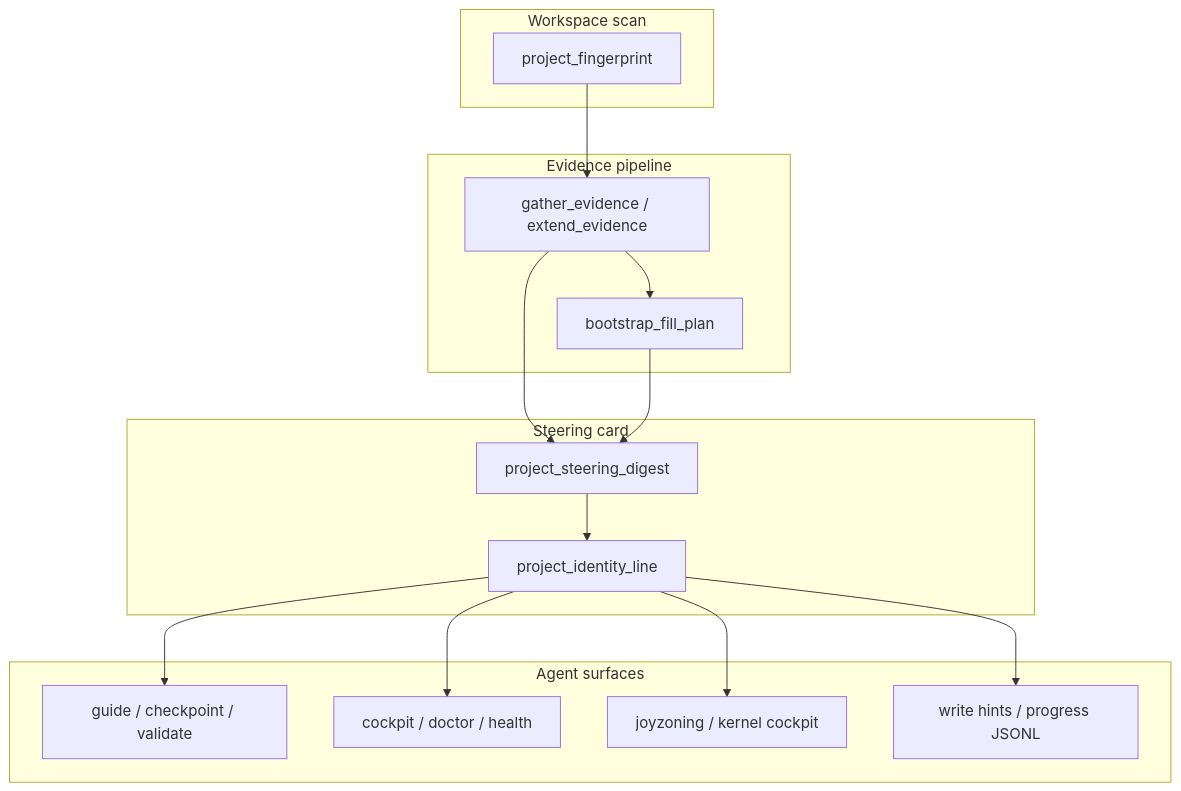
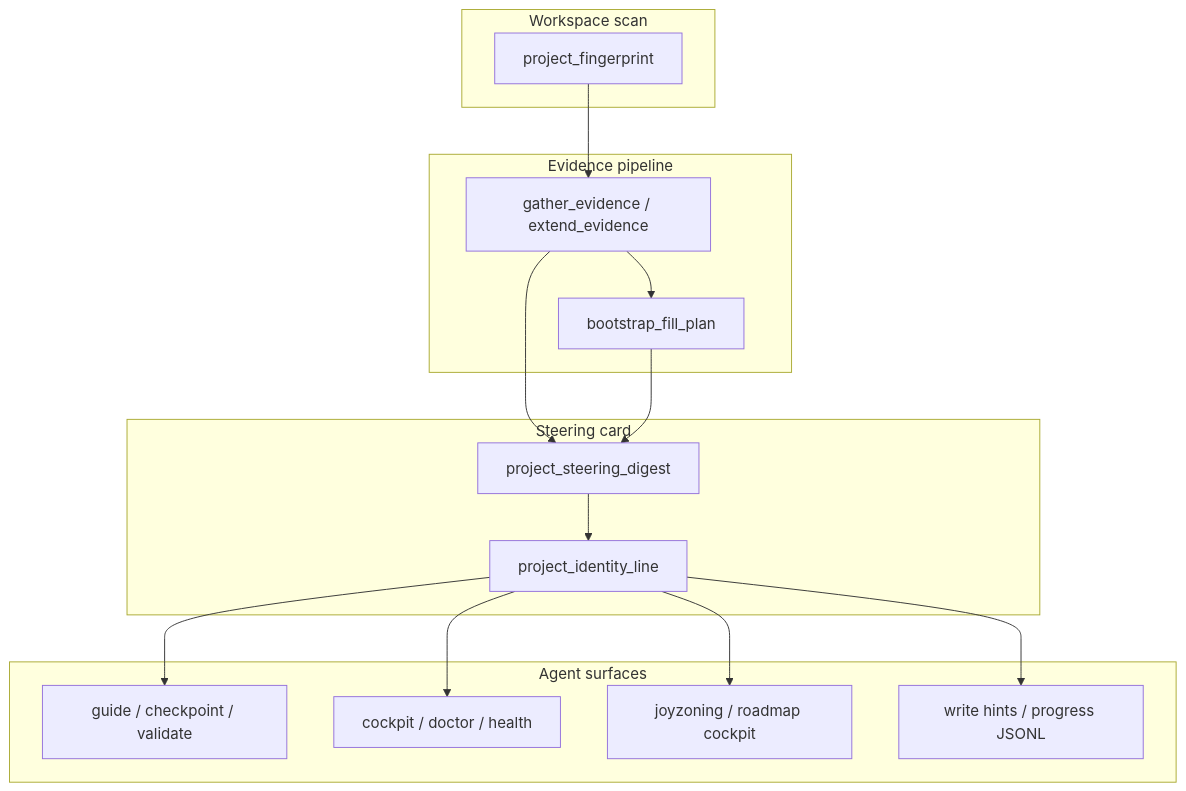
Before and after one commit to CardSorting/dietcode-plugin: the second of 3 diagrams in docs/roadmap.md, drawn with Mermaid. The commit also changed other lines of this file and 32 other files, not shown here.

````diff
--- a/docs/roadmap.md
+++ b/docs/roadmap.md
@@ -190,26 +190,26 @@
 ```mermaid
 flowchart TB
   subgraph scan [Workspace scan]
     FP[project_fingerprint]
   end
   subgraph evidence [Evidence pipeline]
     EV[gather_evidence / extend_evidence]
     BF[bootstrap_fill_plan]
   end
   subgraph card [Steering card]
     DIG[project_steering_digest]
     ID[project_identity_line]
   end
   subgraph surfaces [Agent surfaces]
     S1[guide / checkpoint / validate]
     S2[cockpit / doctor / health]
-    S3[joyzoning / kernel cockpit]
+    S3[joyzoning / roadmap cockpit]
     S4[write hints / progress JSONL]
   end
   FP --> EV
   EV --> DIG
   EV --> BF
   BF --> DIG
   DIG --> ID
   ID --> S1 & S2 & S3 & S4
 ```
````
